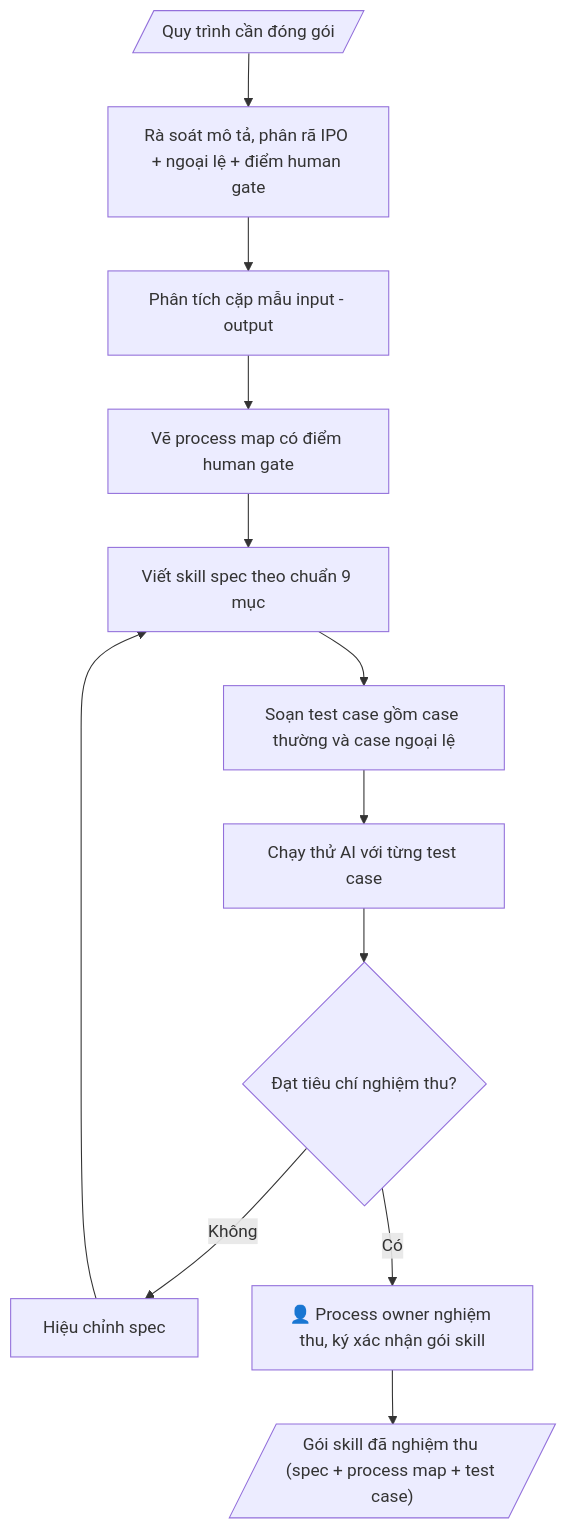
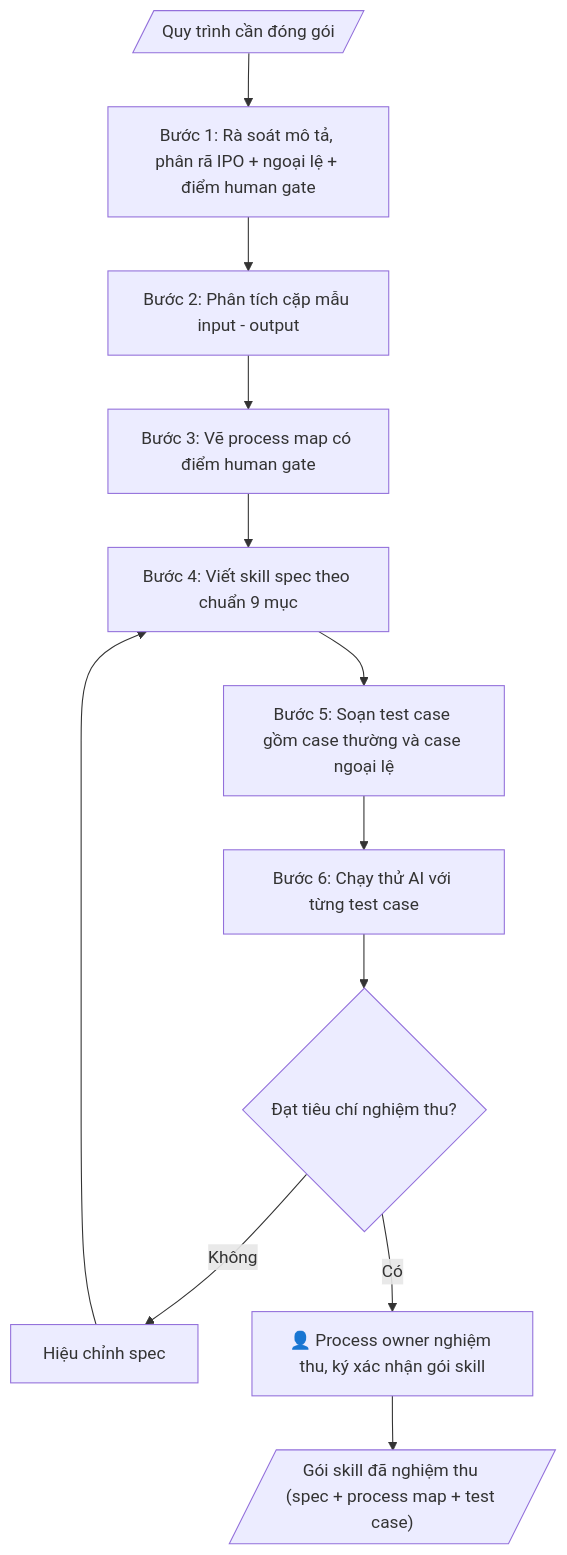
Before and after one commit to phamtruong91/dh-skills: the diagram in skills/dong-goi-skill-tu-quy-trinh/SKILL.md, drawn with Mermaid. The commit also changed 124 other files, not shown here.

````diff
--- a/skills/dong-goi-skill-tu-quy-trinh/SKILL.md
+++ b/skills/dong-goi-skill-tu-quy-trinh/SKILL.md
@@ -82,17 +82,17 @@
 ```mermaid
 flowchart TD
     A[/"Quy trình cần đóng gói"/]
-    B["Rà soát mô tả, phân rã IPO + ngoại lệ + điểm human gate"]
-    C["Phân tích cặp mẫu input - output"]
-    D["Vẽ process map có điểm human gate"]
-    E["Viết skill spec theo chuẩn 9 mục"]
-    F["Soạn test case gồm case thường và case ngoại lệ"]
-    G["Chạy thử AI với từng test case"]
+    B["Bước 1: Rà soát mô tả, phân rã IPO + ngoại lệ + điểm human gate"]
+    C["Bước 2: Phân tích cặp mẫu input - output"]
+    D["Bước 3: Vẽ process map có điểm human gate"]
+    E["Bước 4: Viết skill spec theo chuẩn 9 mục"]
+    F["Bước 5: Soạn test case gồm case thường và case ngoại lệ"]
+    G["Bước 6: Chạy thử AI với từng test case"]
     H{"Đạt tiêu chí nghiệm thu?"}
     I["Hiệu chỉnh spec"]
     HG["👤 Process owner nghiệm thu, ký xác nhận gói skill"]
     J[/"Gói skill đã nghiệm thu (spec + process map + test case)"/]
     A --> B --> C --> D --> E --> F --> G --> H
     H -->|Không| I --> E
     H -->|Có| HG --> J
 ```
````
